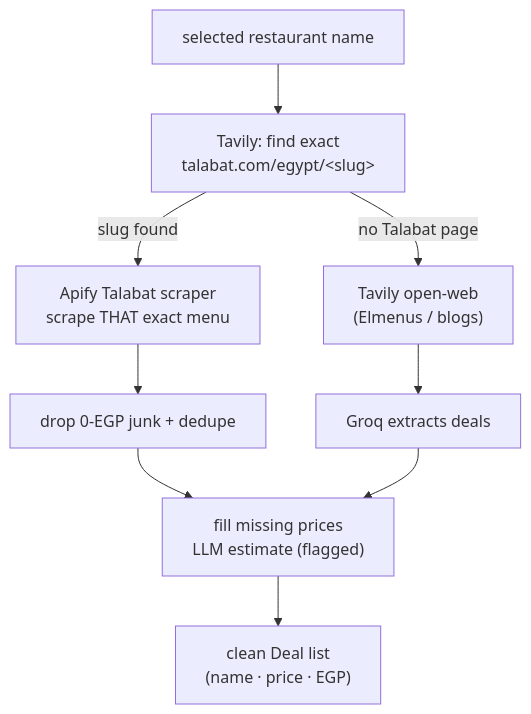
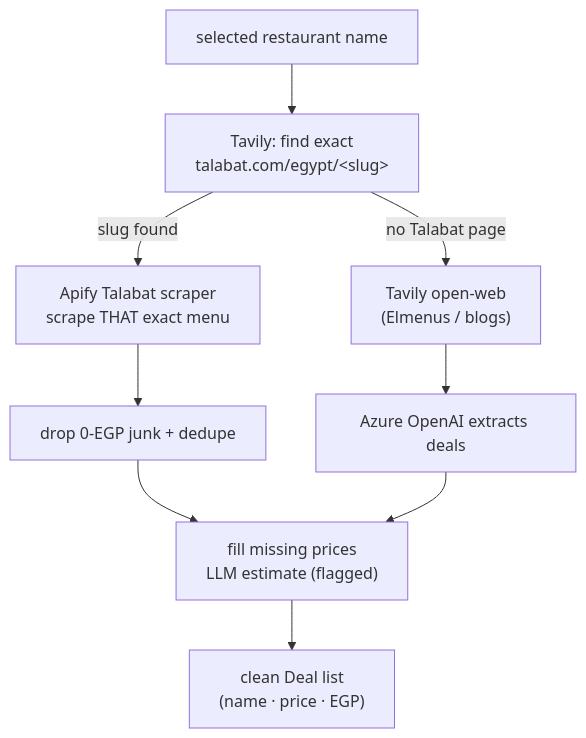
Before and after one commit to Abdallah035/FoodPilot-AI: the fourth of 5 diagrams in README.md, drawn with Mermaid. The commit also changed other lines of this file and 31 other files, not shown here.

Commit message:
feat: unify LLM API to be Azure OpenAI

````diff
--- a/README.md
+++ b/README.md
@@ -106,11 +106,11 @@
 ```mermaid
 flowchart TD
     R["selected restaurant name"] --> T["Tavily: find exact<br/>talabat.com/egypt/&lt;slug&gt;"]
     T -->|slug found| S["Apify Talabat scraper<br/>scrape THAT exact menu"]
     T -->|no Talabat page| W["Tavily open-web<br/>(Elmenus / blogs)"]
     S --> CLEAN["drop 0-EGP junk + dedupe"]
-    W --> EX["Groq extracts deals"]
+    W --> EX["Azure OpenAI extracts deals"]
     CLEAN --> EST["fill missing prices<br/>LLM estimate (flagged)"]
     EX --> EST
     EST --> D["clean Deal list<br/>(name · price · EGP)"]
 ```
````
